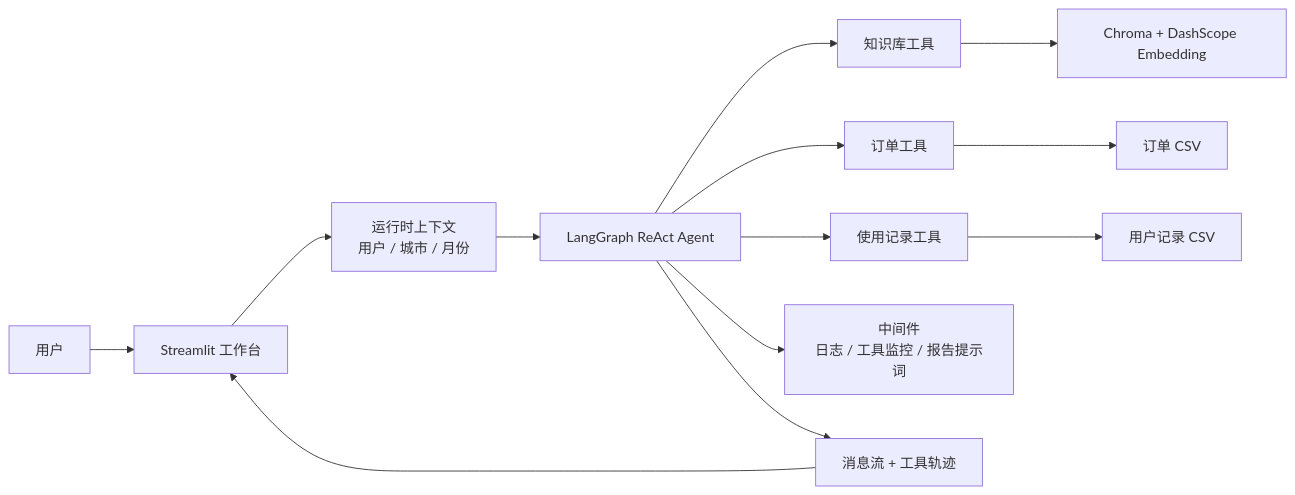
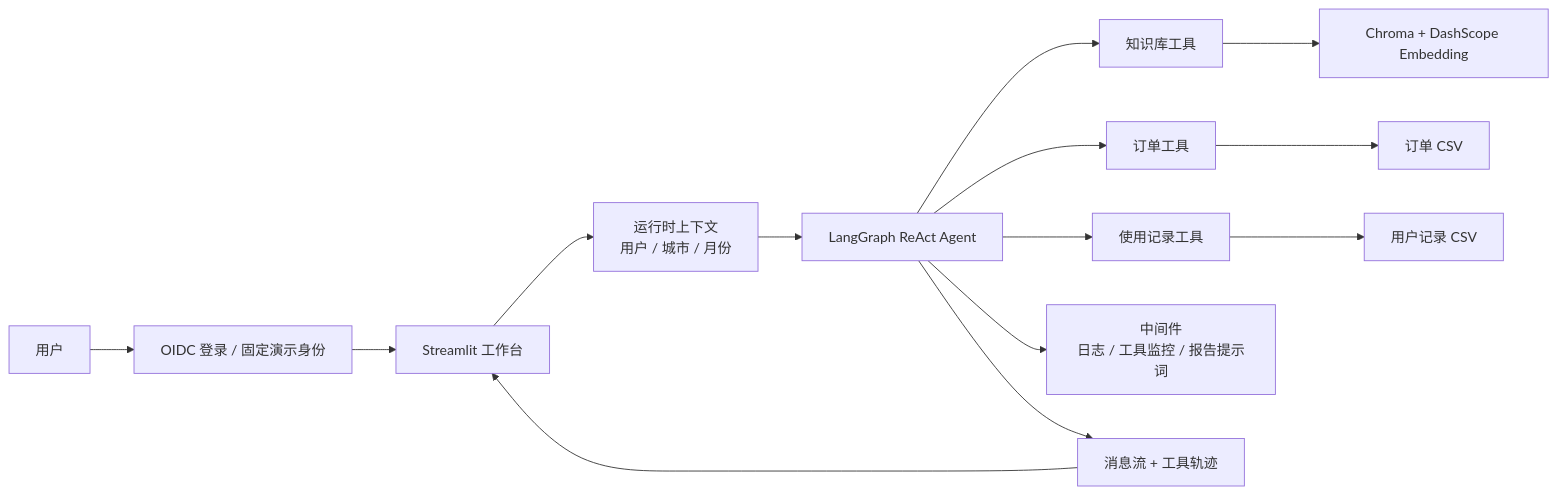
The diagram in README.md (DL-DET/home-appliance-service-agent), drawn with Mermaid before and after one commit. The commit also changed other lines of this file and 14 other files, not shown here.

````diff
--- a/README.md
+++ b/README.md
@@ -24,15 +25,16 @@
 ```mermaid
 flowchart LR
-    U[用户] --> UI[Streamlit 工作台]
+    U[用户] --> AUTH[OIDC 登录 / 固定演示身份]
+    AUTH --> UI[Streamlit 工作台]
     UI --> C[运行时上下文<br/>用户 / 城市 / 月份]
     C --> A[LangGraph ReAct Agent]
     A --> R[知识库工具]
     A --> O[订单工具]
     A --> D[使用记录工具]
     R --> V[Chroma + DashScope Embedding]
     O --> CSV1[订单 CSV]
     D --> CSV2[用户记录 CSV]
     A --> M[中间件<br/>日志 / 工具监控 / 报告提示词]
     A --> S[消息流 + 工具轨迹]
     S --> UI
 ```
````
